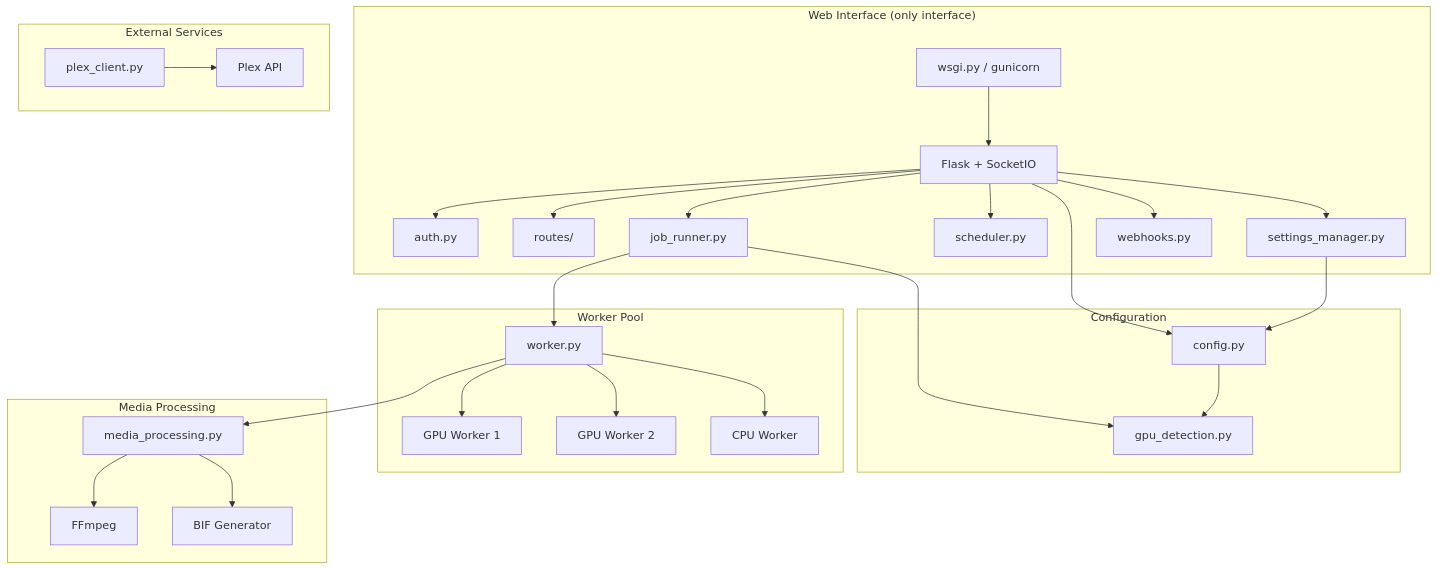
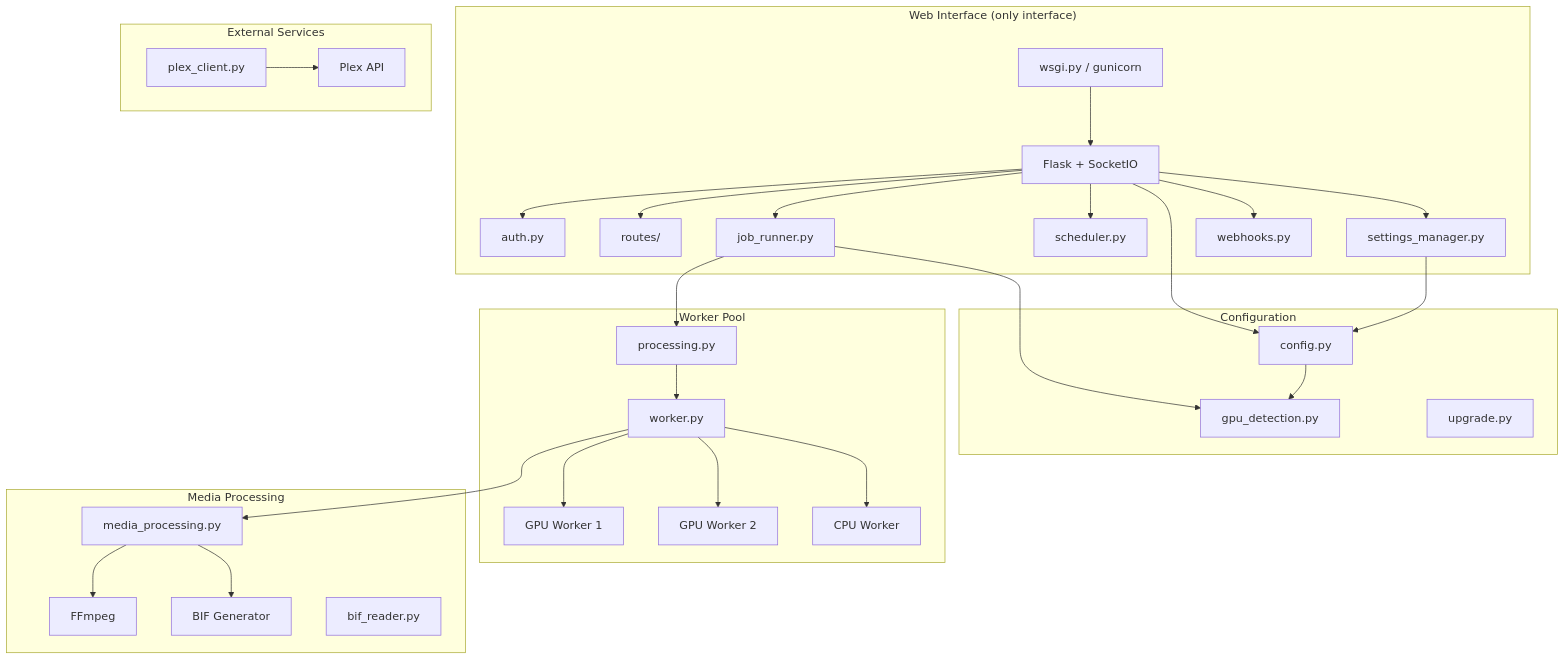
The first of 3 diagrams in docs/README.md (stevezau/plex_generate_vid_previews), drawn with Mermaid before and after one commit. The commit also changed 8 other files, not shown here.

````diff
--- a/docs/README.md
+++ b/docs/README.md
@@ -56,41 +56,45 @@
 ```mermaid
 graph TB
     subgraph Web["Web Interface (only interface)"]
         W[wsgi.py / gunicorn] --> L[Flask + SocketIO]
         L --> M[auth.py]
         L --> R["routes/"]
         L --> JM[job_runner.py]
         L --> N[scheduler.py]
         L --> SM[settings_manager.py]
         L --> WH[webhooks.py]
     end
 
     subgraph Config["Configuration"]
         SM --> B[config.py]
         B --> G[gpu_detection.py]
+        UPG[upgrade.py]
     end
 
     subgraph Workers["Worker Pool"]
+        PROC[processing.py]
         D[worker.py]
         D --> E1[GPU Worker 1]
         D --> E2[GPU Worker 2]
         D --> E3[CPU Worker]
     end
 
     subgraph Processing["Media Processing"]
         F[media_processing.py]
         F --> H[FFmpeg]
         F --> I[BIF Generator]
+        BR[bif_reader.py]
     end
 
     subgraph External["External Services"]
         J[Plex API]
         K[plex_client.py]
     end
 
-    JM --> D
+    JM --> PROC
     JM --> G
+    PROC --> D
     D --> F
     K --> J
     L --> B
 ```
````
